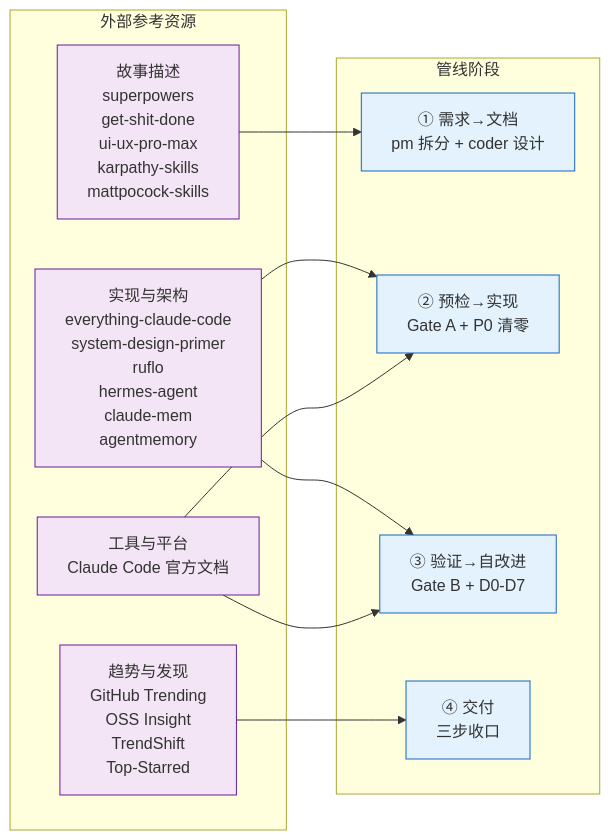
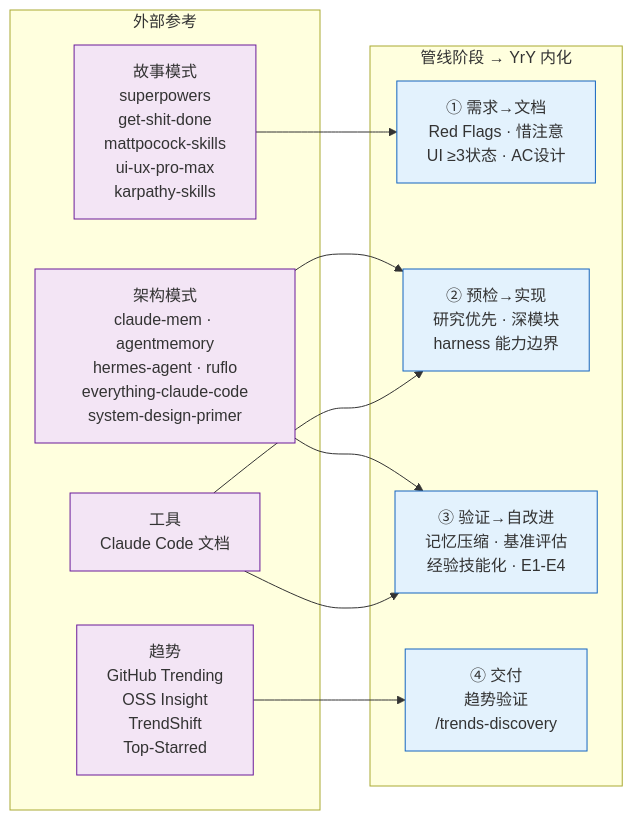
Before and after one commit to effiy/YrY: the diagram in libs/README.md, drawn with Mermaid. The commit also changed other lines of this file and 26 other files, not shown here.

````diff
--- a/libs/README.md
+++ b/libs/README.md
@@ -9,24 +5,21 @@
 ```mermaid
 flowchart LR
-    subgraph 参考["外部参考资源"]
-        R1["故事描述<br/>superpowers<br/>get-shit-done<br/>ui-ux-pro-max<br/>karpathy-skills<br/>mattpocock-skills"]:::ref
-        R2["实现与架构<br/>everything-claude-code<br/>system-design-primer<br/>ruflo<br/>hermes-agent<br/>claude-mem<br/>agentmemory"]:::ref
-        R3["工具与平台<br/>Claude Code 官方文档"]:::ref
-        R4["趋势与发现<br/>GitHub Trending<br/>OSS Insight<br/>TrendShift<br/>Top-Starred"]:::ref
+    subgraph 参考["外部参考"]
+        R1["故事模式<br/>superpowers<br/>get-shit-done<br/>mattpocock-skills<br/>ui-ux-pro-max<br/>karpathy-skills"]:::ref
+        R2["架构模式<br/>claude-mem · agentmemory<br/>hermes-agent · ruflo<br/>everything-claude-code<br/>system-design-primer"]:::ref
+        R3["工具<br/>Claude Code 文档"]:::ref
+        R4["趋势<br/>GitHub Trending<br/>OSS Insight<br/>TrendShift<br/>Top-Starred"]:::ref
     end
-
-    subgraph 管线["管线阶段"]
-        S1["① 需求→文档<br/>pm 拆分 + coder 设计"]:::phase
-        S2["② 预检→实现<br/>Gate A + P0 清零"]:::phase
-        S3["③ 验证→自改进<br/>Gate B + D0-D7"]:::phase
-        S4["④ 交付<br/>三步收口"]:::phase
+    subgraph 管线["管线阶段 → YrY 内化"]
+        S1["① 需求→文档<br/>Red Flags · 惜注意<br/>UI ≥3状态 · AC设计"]:::phase
+        S2["② 预检→实现<br/>研究优先 · 深模块<br/>harness 能力边界"]:::phase
+        S3["③ 验证→自改进<br/>记忆压缩 · 基准评估<br/>经验技能化 · E1-E4"]:::phase
+        S4["④ 交付<br/>趋势验证<br/>/trends-discovery"]:::phase
     end
-
     R1 --> S1
     R2 --> S2 & S3
     R3 --> S2 & S3
     R4 --> S4
-
     classDef ref fill:#f3e5f5,stroke:#6a1b9a;
     classDef phase fill:#e3f2fd,stroke:#1565c0;
 ```
````
